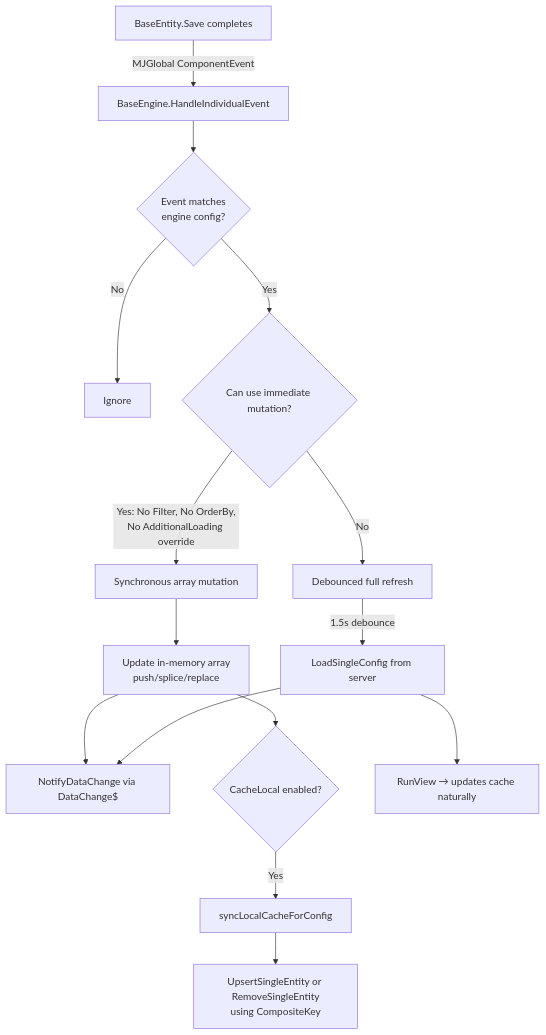
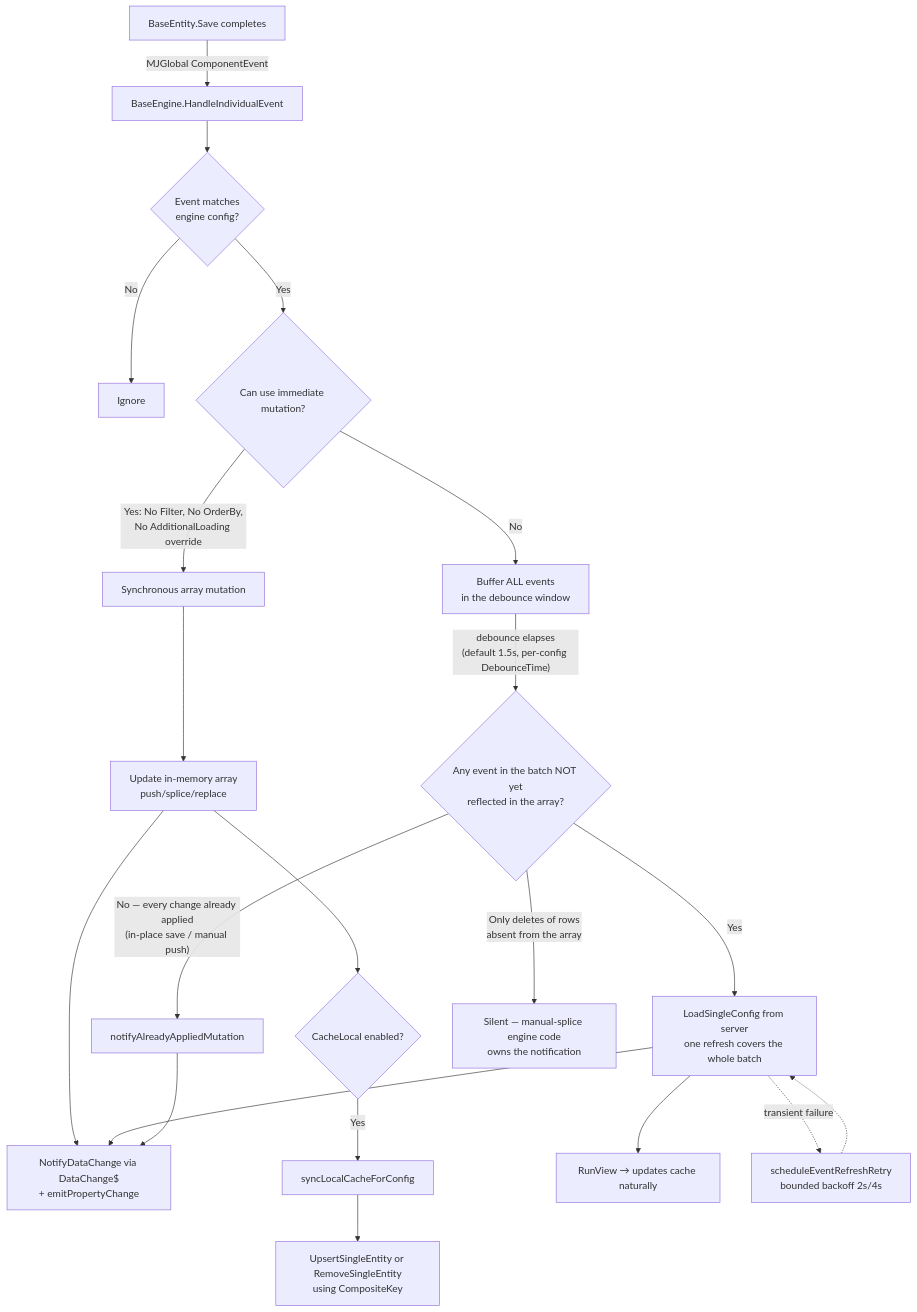
Before and after one commit to MemberJunction/MJ: the fifth of 20 diagrams in guides/CACHING_AND_PUBSUB_GUIDE.md, drawn with Mermaid. The commit also changed other lines of this file, not shown here.

First line of the commit message:
docs: update caching guide for batch-aware engine event processing

````diff
--- a/guides/CACHING_AND_PUBSUB_GUIDE.md
+++ b/guides/CACHING_AND_PUBSUB_GUIDE.md
@@ -490,19 +490,25 @@
 ```mermaid
 flowchart TD
     A[BaseEntity.Save completes] -->|MJGlobal ComponentEvent| B[BaseEngine.HandleIndividualEvent]
     B --> C{Event matches<br/>engine config?}
     C -->|No| Z[Ignore]
     C -->|Yes| D{Can use immediate mutation?}
     D -->|"Yes: No Filter, No OrderBy,<br/>No AdditionalLoading override"| E[Synchronous array mutation]
-    D -->|No| F[Debounced full refresh]
+    D -->|No| F[Buffer ALL events<br/>in the debounce window]
 
     E --> G[Update in-memory array<br/>push/splice/replace]
-    G --> H[NotifyDataChange via DataChange$]
+    G --> H[NotifyDataChange via DataChange$<br/>+ emitPropertyChange]
     G --> I{CacheLocal enabled?}
     I -->|Yes| J[syncLocalCacheForConfig]
     J --> K[UpsertSingleEntity or RemoveSingleEntity<br/>using CompositeKey]
 
-    F -->|1.5s debounce| L[LoadSingleConfig from server]
+    F -->|"debounce elapses<br/>(default 1.5s, per-config DebounceTime)"| N{Any event in the batch NOT yet<br/>reflected in the array?}
+    N -->|Yes| L[LoadSingleConfig from server<br/>one refresh covers the whole batch]
     L --> M[RunView → updates cache naturally]
     L --> H
+    L -.->|transient failure| R[scheduleEventRefreshRetry<br/>bounded backoff 2s/4s]
+    R -.-> L
+    N -->|"No — every change already applied<br/>(in-place save / manual push)"| S[notifyAlreadyAppliedMutation]
+    S --> H
+    N -->|"Only deletes of rows<br/>absent from the array"| T[Silent — manual-splice engine code<br/>owns the notification]
 ```
````
